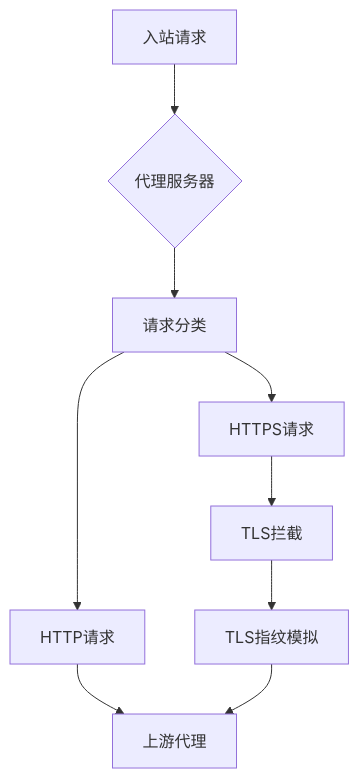
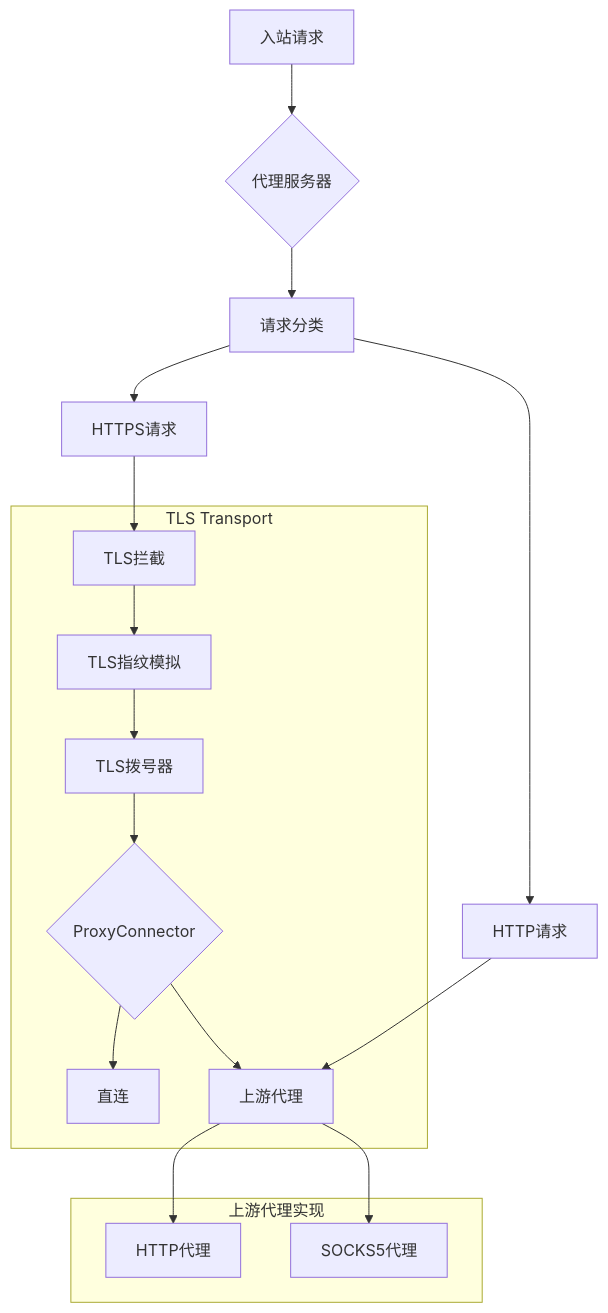
One commit to Aberstone/fingertls changed the diagram in README.md. Above: the diagram before and after it, drawn with Mermaid. The commit also changed other lines of this file, not shown here.

Commit message:
docs(README): update GRAPH in README.md

````diff
--- a/README.md
+++ b/README.md
@@ -86,11 +86,23 @@
 ```mermaid
 graph TD
     A[入站请求] --> B{代理服务器}
     B --> C[请求分类]
     C --> D[HTTP请求]
     C --> E[HTTPS请求]
     E --> F[TLS拦截]
+
+    subgraph TLS Transport
     F --> G[TLS指纹模拟]
-    D --> H[上游代理]
-    G --> H
+    G --> H[TLS拨号器]
+    H --> I{ProxyConnector}
+    I --> J[直连]
+    I --> K[上游代理]
+    end
+
+    subgraph 上游代理实现
+    K --> L[HTTP代理]
+    K --> M[SOCKS5代理]
+    end
+
+    D --> K
 ```
````
